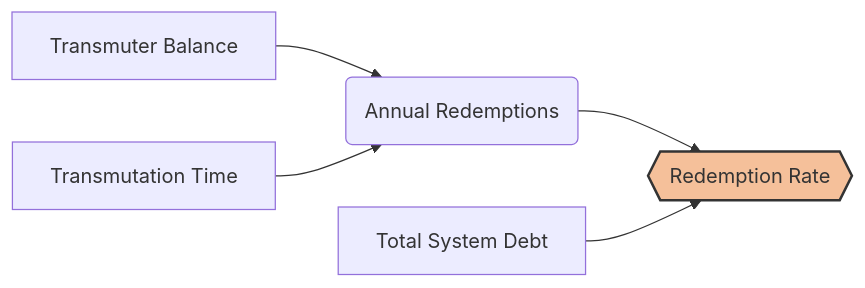
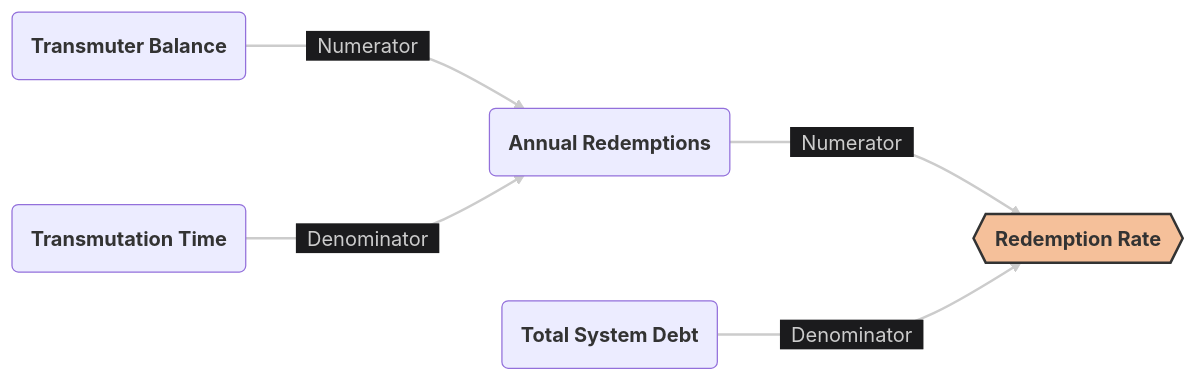
One commit to alchemix-finance/alchemix-v3-docs changed the first of 3 diagrams in docs/user/concepts/redemption-rate.md. Above: the diagram before and after it, drawn with Mermaid. The commit also changed other lines of this file and 1 other file, not shown here.

````diff
--- a/docs/user/concepts/redemption-rate.md
+++ b/docs/user/concepts/redemption-rate.md
@@ -37,22 +37,30 @@
 ```mermaid
-graph LR
+%%{init: {
+  'themeVariables': { 'fontFamily': 'Montserrat', 'edgeLabelBackground':'#1b1b1d',     'tertiaryColor': '#1b1b1d' },
+  'flowchart': {
+      'curve': 'monotoneX',
+      'nodeSpacing': 100,
+      'rankSpacing': 80
+  }
+}}%%
+flowchart LR
+    %% Font Weights
+    classDef default font-weight:bold;
+
     %% Inputs
-    A[Transmuter Balance]
-    B[Transmutation Time]
-    C[Total System Debt]
-
-    %% The Engine
+    A(Transmuter Balance)
+    B(Transmutation Time)
+    C(Total System Debt)
     D(Annual Redemptions)
-
-    %% The Result
     E{{Redemption Rate}}
 
     %% Connections
-    A --> D
-    B --> D
-    D --> E
-    C --> E
+    A --> |&nbsp;&nbsp;Numerator&nbsp;&nbsp;| D
+    B --> |&nbsp;&nbsp;Denominator&nbsp;&nbsp;| D
+    D --> |&nbsp;&nbsp;Numerator&nbsp;&nbsp;| E
+    C --> |&nbsp;&nbsp;Denominator&nbsp;&nbsp;| E
 
-    %% Styling (Matches your Example)
+    %% Styling
     style E fill:#f5c09a,stroke:#333,stroke-width:2px,color:#333
+    linkStyle 0,1,2,3 stroke:#ccc,stroke-width:2px,color:#ccc
 ```
````
